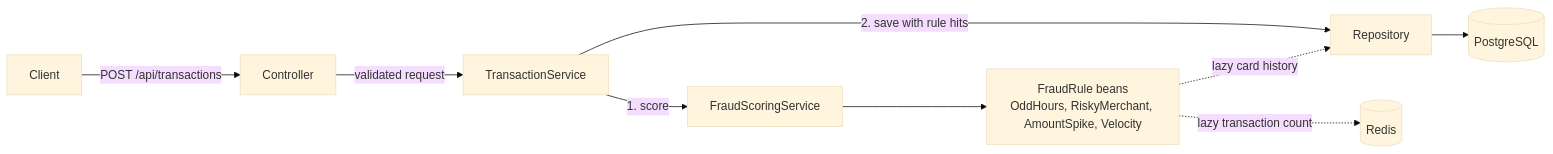
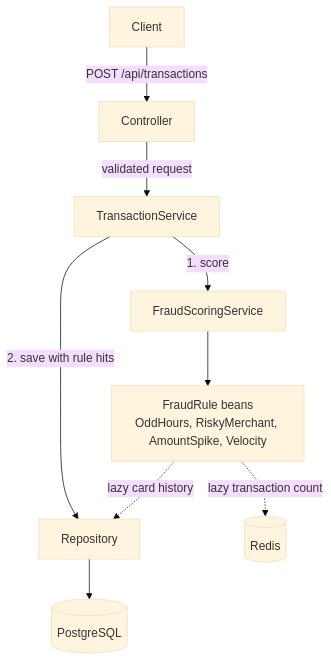
The diagram in README.md (PerumallaSG2/fraud-detection), drawn with Mermaid (base theme) before and after one commit.

Commit message:
Make README diagram vertical

````diff
--- a/README.md
+++ b/README.md
@@ -13,11 +13,11 @@
 ```mermaid
-flowchart LR
+flowchart TD
     Client -->|POST /api/transactions| Controller
     Controller -->|validated request| TransactionService
     TransactionService -->|1. score| FraudScoringService
     FraudScoringService --> Rules["FraudRule beans<br/>OddHours, RiskyMerchant, AmountSpike, Velocity"]
     Rules -.->|lazy card history| Repository
     Rules -.->|lazy transaction count| Redis[(Redis)]
     TransactionService -->|2. save with rule hits| Repository
     Repository --> Postgres[(PostgreSQL)]
 ```
````
